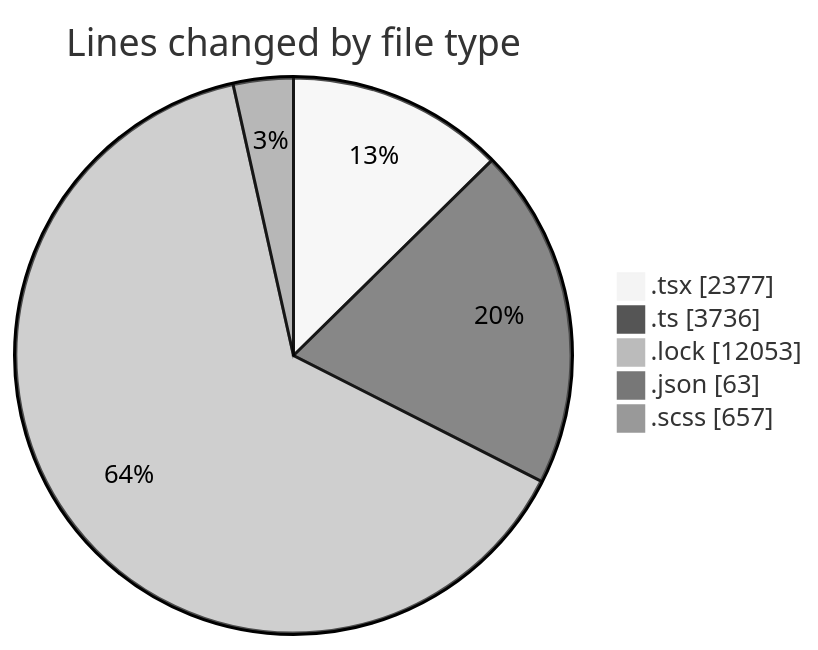
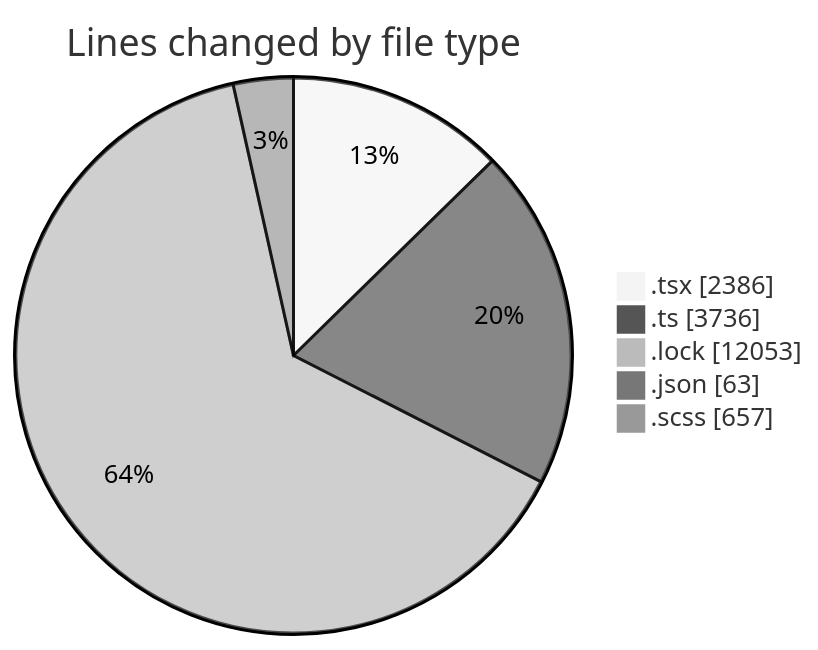
One commit to momahboobian/code-tracking changed the first of 2 diagrams in 2025-12-03/cda/README.md. Above: the diagram before and after it, drawn with Mermaid (neutral theme). The commit also changed other lines of this file and 1 other file, not shown here.

````diff
--- a/2025-12-03/cda/README.md
+++ b/2025-12-03/cda/README.md
@@ -30,9 +30,9 @@
 ```mermaid
 pie showData
 title Lines changed by file type
-".tsx" : 2377
+".tsx" : 2386
 ".ts" : 3736
 ".lock" : 12053
 ".json" : 63
 ".scss" : 657
 ```
````
